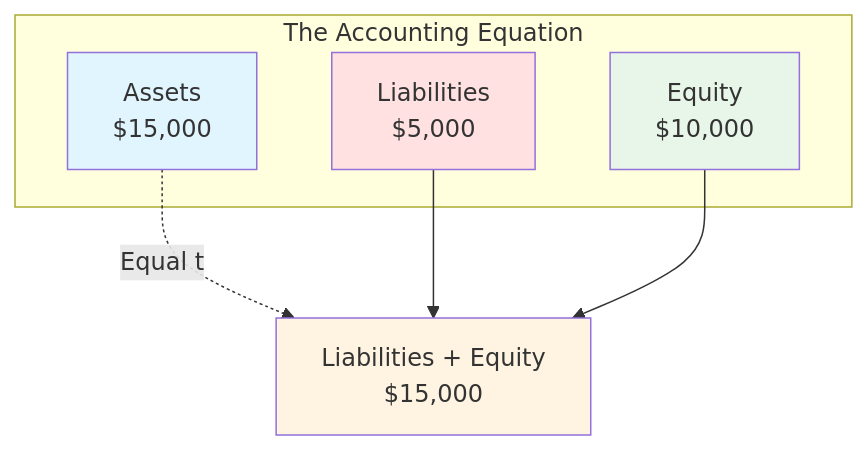
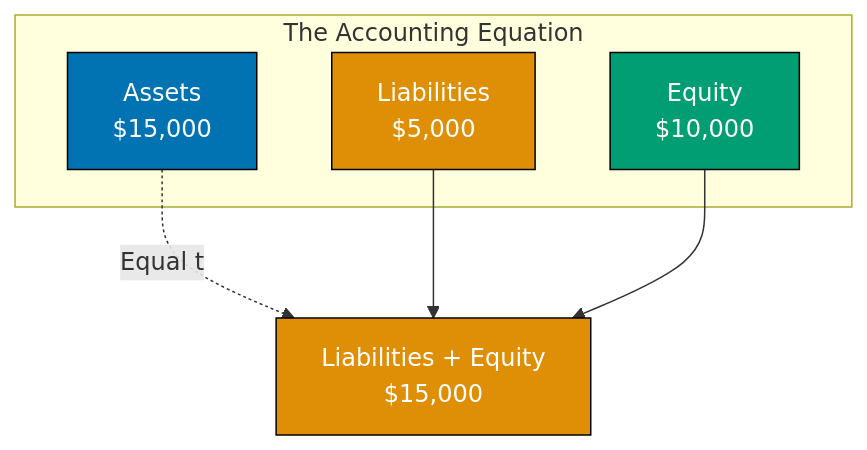
The second of 8 diagrams in docs/tutorials/business-and-finance/tu-bufi__accounting.md (wahidyankf/open-sharia-enterprise), drawn with Mermaid before and after one commit. The commit also changed other lines of this file and 22 other files, not shown here.

First line of the commit message:
docs(diagrams): ensure all mermaid diagrams use color-blind friendly palette

````diff
--- a/docs/tutorials/business-and-finance/tu-bufi__accounting.md
+++ b/docs/tutorials/business-and-finance/tu-bufi__accounting.md
@@ -142,17 +148,17 @@
 ```mermaid
 flowchart TD
 	subgraph "The Accounting Equation"
 		A[Assets<br/>$15,000]
 		L[Liabilities<br/>$5,000]
 		E[Equity<br/>$10,000]
 	end
 
 	A -.Equal to.-> Sum[Liabilities + Equity<br/>$15,000]
 	L --> Sum
 	E --> Sum
 
-	style A fill:#e1f5ff
-	style L fill:#ffe1e1
-	style E fill:#e8f5e9
-	style Sum fill:#fff4e1
+	style A fill:#0173B2,stroke:#000000,color:#FFFFFF
+	style L fill:#DE8F05,stroke:#000000,color:#FFFFFF
+	style E fill:#029E73,stroke:#000000,color:#FFFFFF
+	style Sum fill:#DE8F05,stroke:#000000,color:#FFFFFF
 ```
````
